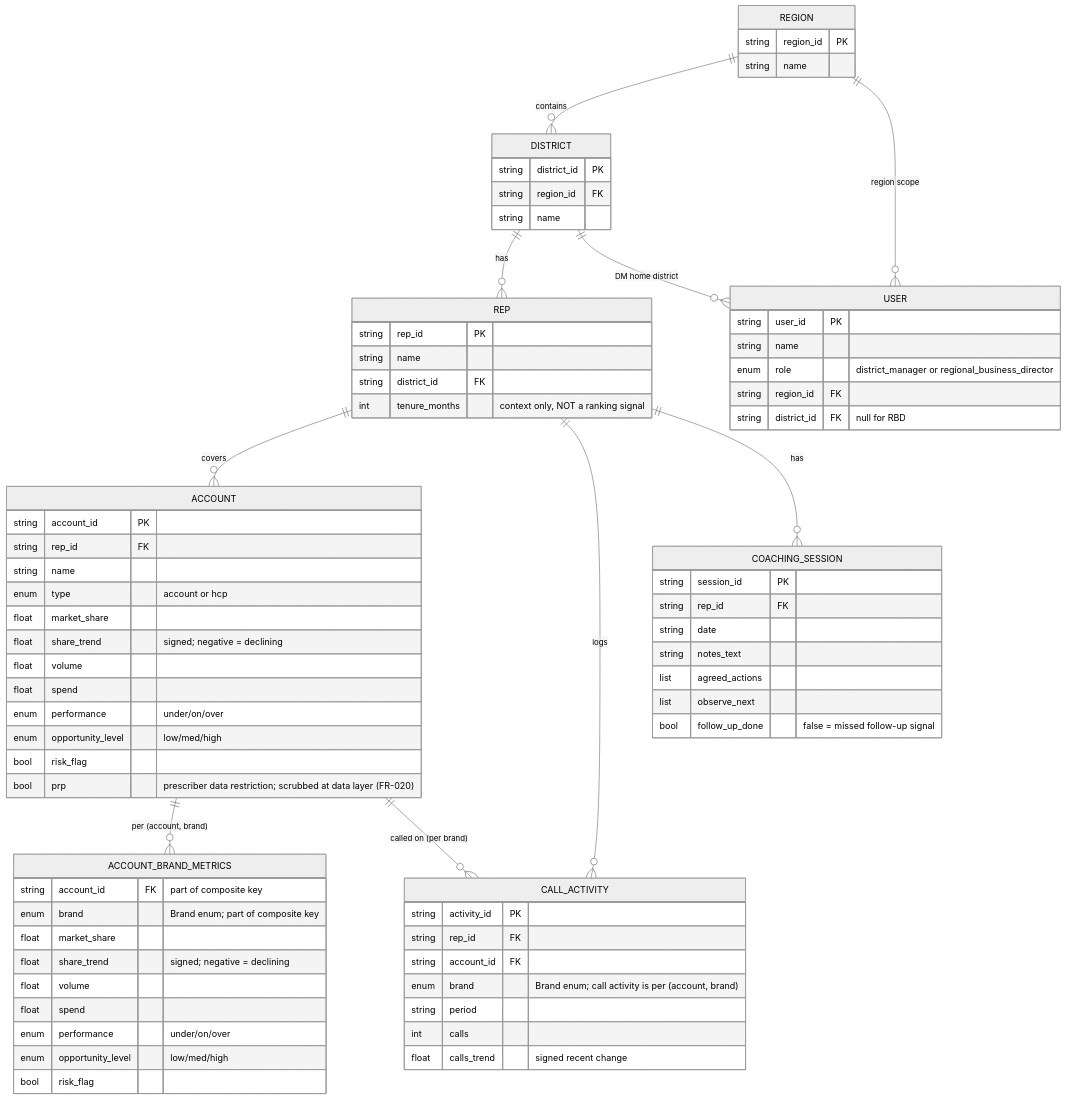
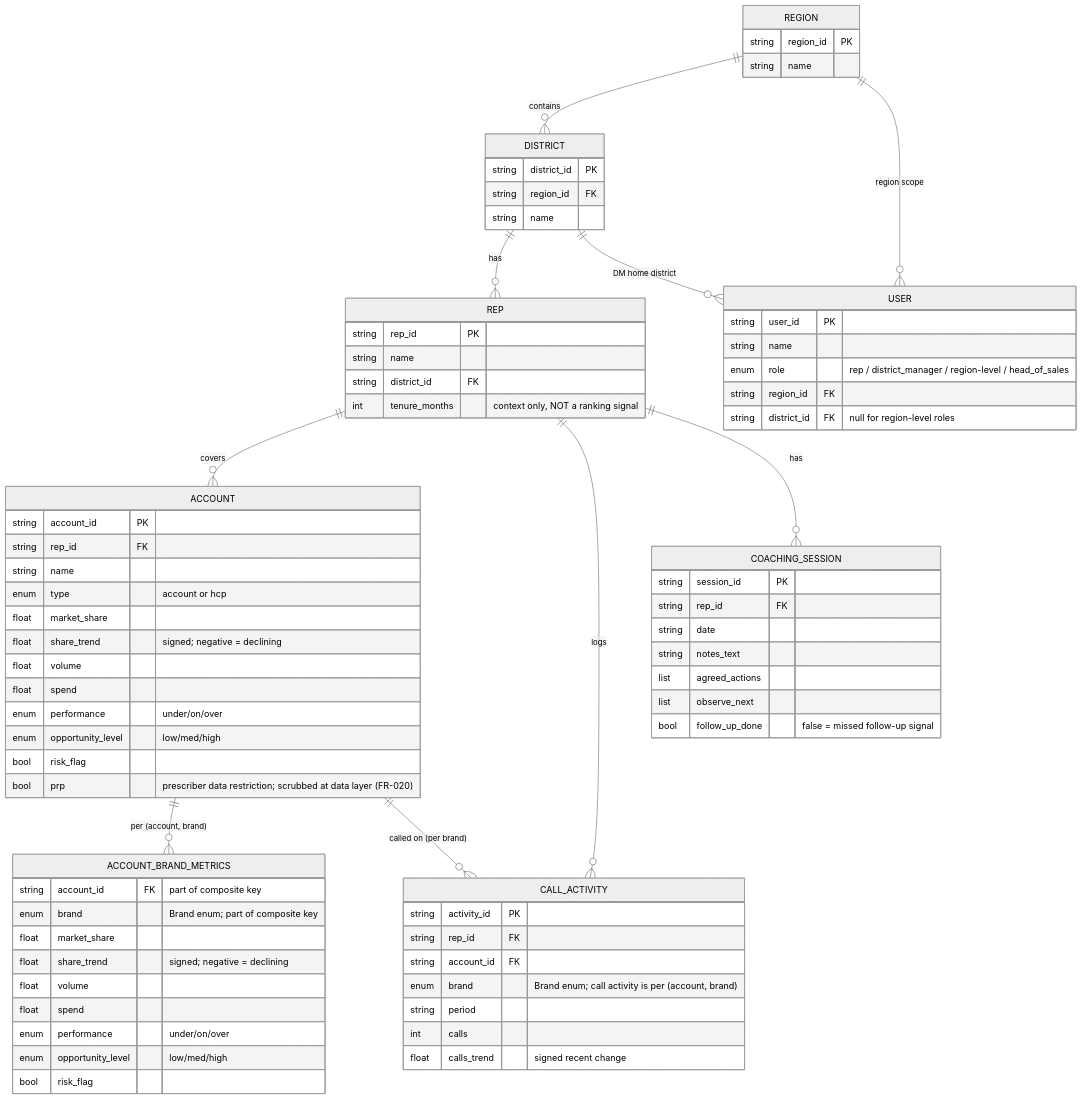
One commit to sunilpradhansharma/field-intelligence-coach-agent changed the diagram in docs/technical-architecture.md. Above: the diagram before and after it, drawn with Mermaid (neutral theme). The commit also changed other lines of this file and 6 other files, not shown here.

Commit message:
Use the four diagrams across docs; describe complete target architecture; clarify built vs planned in roadmap

````diff
--- a/docs/technical-architecture.md
+++ b/docs/technical-architecture.md
@@ -174,78 +147,78 @@
 ```mermaid
 erDiagram
     REGION ||--o{ DISTRICT : contains
     REGION ||--o{ USER : "region scope"
     DISTRICT ||--o{ REP : has
     DISTRICT ||--o{ USER : "DM home district"
     REP ||--o{ ACCOUNT : covers
     REP ||--o{ CALL_ACTIVITY : logs
     REP ||--o{ COACHING_SESSION : has
     ACCOUNT ||--o{ ACCOUNT_BRAND_METRICS : "per (account, brand)"
     ACCOUNT ||--o{ CALL_ACTIVITY : "called on (per brand)"
 
     REGION {
         string region_id PK
         string name
     }
     DISTRICT {
         string district_id PK
         string region_id FK
         string name
     }
     USER {
         string user_id PK
         string name
-        enum   role "district_manager or regional_business_director"
+        enum   role "rep / district_manager / region-level / head_of_sales"
         string region_id FK
-        string district_id FK "null for RBD"
+        string district_id FK "null for region-level roles"
     }
     REP {
         string rep_id PK
         string name
         string district_id FK
         int    tenure_months "context only, NOT a ranking signal"
     }
     ACCOUNT {
         string account_id PK
         string rep_id FK
         string name
         enum   type "account or hcp"
         float  market_share
         float  share_trend "signed; negative = declining"
         float  volume
         float  spend
         enum   performance "under/on/over"
         enum   opportunity_level "low/med/high"
         bool   risk_flag
         bool   prp "prescriber data restriction; scrubbed at data layer (FR-020)"
     }
     ACCOUNT_BRAND_METRICS {
         string account_id FK "part of composite key"
         enum   brand "Brand enum; part of composite key"
         float  market_share
         float  share_trend "signed; negative = declining"
         float  volume
         float  spend
         enum   performance "under/on/over"
         enum   opportunity_level "low/med/high"
         bool   risk_flag
     }
     CALL_ACTIVITY {
         string activity_id PK
         string rep_id FK
         string account_id FK
         enum   brand "Brand enum; call activity is per (account, brand)"
         string period
         int    calls
         float  calls_trend "signed recent change"
     }
     COACHING_SESSION {
         string session_id PK
         string rep_id FK
         string date
         string notes_text
         list   agreed_actions
         list   observe_next
         bool   follow_up_done "false = missed follow-up signal"
     }
 ```
````
